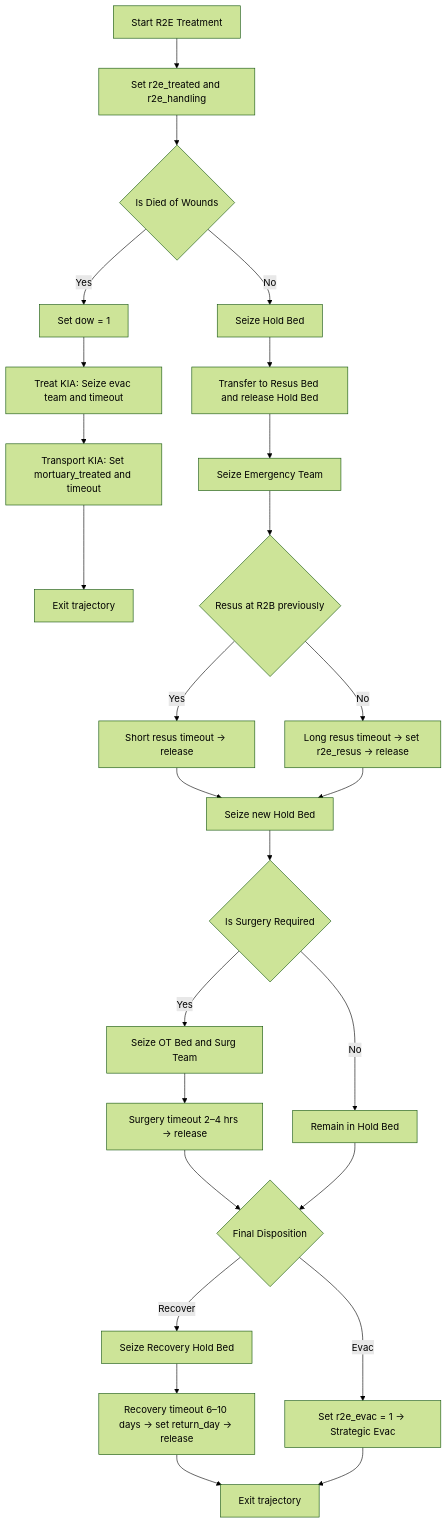
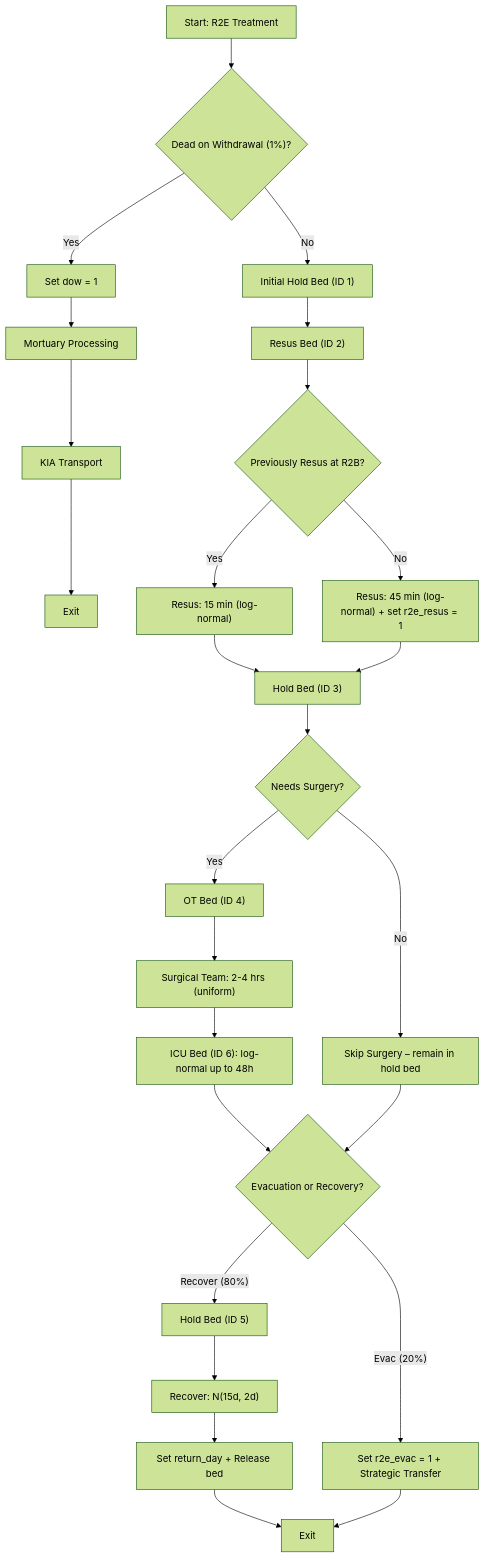
The third of 3 diagrams in README.md (natosys/Battlefield-Casualty-Handling), drawn with Mermaid (forest theme) before and after one commit. The commit also changed other lines of this file and 2 other files, not shown here.

Commit message:
Setup for Many Simulations
Did initial refactor to allow many simulation runs.

````diff
--- a/README.md
+++ b/README.md
@@ -537,42 +538,38 @@
 ```mermaid
 flowchart TD
-  A[Start R2E Treatment] --> B[Set r2e_treated and r2e_handling]
-  B --> C{Is Died of Wounds}
+    A[Start: R2E Treatment] --> B{"Dead on Withdrawal (1%)?"}
+    B -- Yes --> C[Set dow = 1]
+    C --> D[Mortuary Processing]
+    D --> E[KIA Transport]
+    E --> F[Exit]
 
-  %% DOW Path
-  C -->|Yes| D[Set dow = 1]
-  D --> E[Treat KIA: Seize evac team and timeout]
-  E --> F[Transport KIA: Set mortuary_treated and timeout]
-  F --> G[Exit trajectory]
+    B -- No --> G["Initial Hold Bed (ID 1)"]
+    G --> H["Resus Bed (ID 2)"]
 
-  %% Continue Treatment Path
-  C -->|No| H[Seize Hold Bed]
-  H --> I[Transfer to Resus Bed and release Hold Bed]
-  I --> J[Seize Emergency Team]
+    H --> I{Previously Resus at R2B?}
+    I -- Yes --> J["Resus: 15 min (log-normal)"]
+    I -- No --> K["Resus: 45 min (log-normal) + set r2e_resus = 1"]
 
-  %% Resus Branch
-  J --> K{Resus at R2B previously}
-  K -->|Yes| L[Short resus timeout → release]
-  K -->|No| M[Long resus timeout → set r2e_resus → release]
+    J --> L["Hold Bed (ID 3)"]
+    K --> L
 
-  %% Surgery Branch
-  L --> N[Seize new Hold Bed]
-  M --> N
-  N --> O{Is Surgery Required}
+    L --> M{"Needs Surgery?"}
+    M -- Yes --> N["OT Bed (ID 4)"]
+    N --> O["Surgical Team: 2-4 hrs (uniform)"]
+    O --> P["ICU Bed (ID 6): log-normal up to 48h"]
 
-  O -->|Yes| P[Seize OT Bed and Surg Team]
-  P --> Q[Surgery timeout 2–4 hrs → release]
-  Q --> R{Final Disposition}
+    M -- No --> Q[Skip Surgery – remain in hold bed]
 
-  O -->|No| S[Remain in Hold Bed]
-  S --> R
+    P --> R{Evacuation or Recovery?}
+    Q --> R
 
-  %% Disposition Branch
-  R -->|Recover| T[Seize Recovery Hold Bed]
-  T --> U[Recovery timeout 6–10 days → set return_day → release]
+    R -- Recover (80%) --> S["Hold Bed (ID 5)"]
+    S --> T["Recover: N(15d, 2d)"]
+    T --> U[Set return_day + Release bed]
 
-  R -->|Evac| V[Set r2e_evac = 1 → Strategic Evac]
+    R -- Evac (20%) --> V[Set r2e_evac = 1 + Strategic Transfer]
 
-  U --> W[Exit trajectory]
-  V --> W
+    U --> W[Exit]
+    V --> W
+
 ```
````
